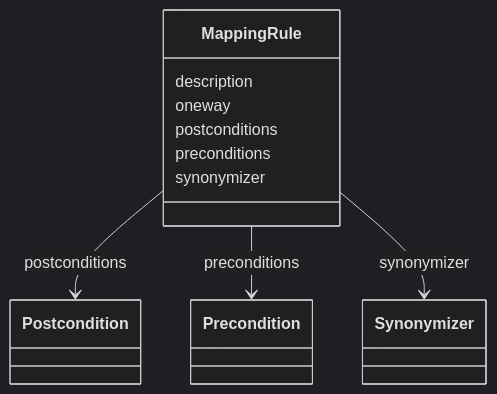
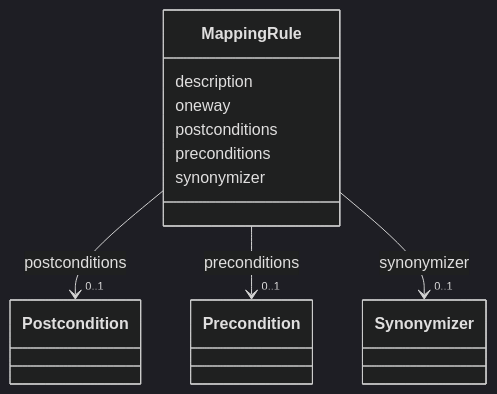
Before and after one commit to INCATools/ontology-access-kit: the diagram in mapping-rules/MappingRule.md, drawn with Mermaid (dark theme). The commit also changed other lines of this file and 3329 other files, not shown here.

````diff
--- a/mapping-rules/MappingRule.md
+++ b/mapping-rules/MappingRule.md
@@ -17,21 +19,37 @@
 ```{mermaid}
  classDiagram
     class MappingRule
+    click MappingRule href "../MappingRule"
       MappingRule : description
         
       MappingRule : oneway
         
       MappingRule : postconditions
         
-          MappingRule --> Postcondition : postconditions
+          
+    
+    
+    MappingRule --> "0..1" Postcondition : postconditions
+    click Postcondition href "../Postcondition"
+
         
       MappingRule : preconditions
         
-          MappingRule --> Precondition : preconditions
+          
+    
+    
+    MappingRule --> "0..1" Precondition : preconditions
+    click Precondition href "../Precondition"
+
         
       MappingRule : synonymizer
         
-          MappingRule --> Synonymizer : synonymizer
+          
+    
+    
+    MappingRule --> "0..1" Synonymizer : synonymizer
+    click Synonymizer href "../Synonymizer"
+
         
       
 ```
````
